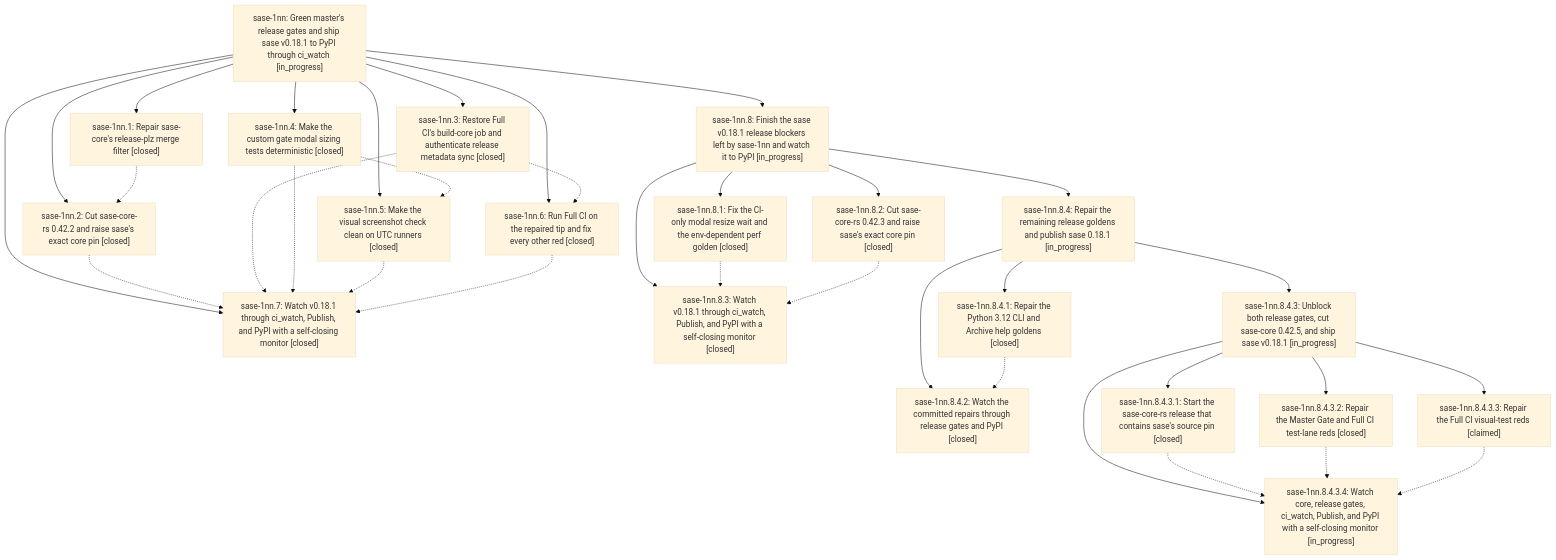
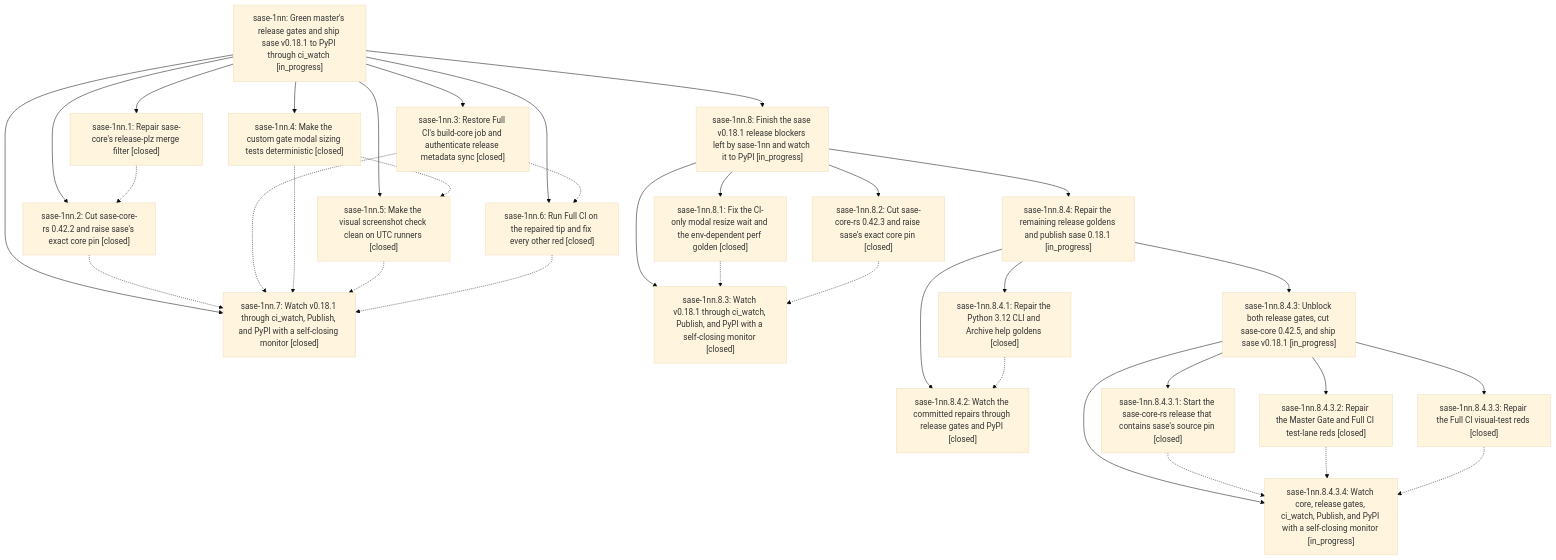
One commit to sase-org/sase--beads changed the diagram in pages/sase-1nn/README.md. Above: the diagram before and after it, drawn with Mermaid (base theme). The commit also changed other lines of this file and 5 other files, not shown here.

````diff
--- a/pages/sase-1nn/README.md
+++ b/pages/sase-1nn/README.md
@@ -67,56 +67,56 @@
 ```mermaid
 flowchart TD
     n0["sase-1nn: Green master's release gates and ship sase v0.18.1 to PyPI through ci_watch [in_progress]"]
     n1["sase-1nn.1: Repair sase-core's release-plz merge filter [closed]"]
     n2["sase-1nn.2: Cut sase-core-rs 0.42.2 and raise sase's exact core pin [closed]"]
     n3["sase-1nn.3: Restore Full CI's build-core job and authenticate release metadata sync [closed]"]
     n4["sase-1nn.4: Make the custom gate modal sizing tests deterministic [closed]"]
     n5["sase-1nn.5: Make the visual screenshot check clean on UTC runners [closed]"]
     n6["sase-1nn.6: Run Full CI on the repaired tip and fix every other red [closed]"]
     n7["sase-1nn.7: Watch v0.18.1 through ci_watch, Publish, and PyPI with a self-closing monitor [closed]"]
     n8["sase-1nn.8: Finish the sase v0.18.1 release blockers left by sase-1nn and watch it to PyPI [in_progress]"]
     n9["sase-1nn.8.1: Fix the CI-only modal resize wait and the env-dependent perf golden [closed]"]
     n10["sase-1nn.8.2: Cut sase-core-rs 0.42.3 and raise sase's exact core pin [closed]"]
     n11["sase-1nn.8.3: Watch v0.18.1 through ci_watch, Publish, and PyPI with a self-closing monitor [closed]"]
     n12["sase-1nn.8.4: Repair the remaining release goldens and publish sase 0.18.1 [in_progress]"]
     n13["sase-1nn.8.4.1: Repair the Python 3.12 CLI and Archive help goldens [closed]"]
     n14["sase-1nn.8.4.2: Watch the committed repairs through release gates and PyPI [closed]"]
     n15["sase-1nn.8.4.3: Unblock both release gates, cut sase-core 0.42.5, and ship sase v0.18.1 [in_progress]"]
     n16["sase-1nn.8.4.3.1: Start the sase-core-rs release that contains sase's source pin [closed]"]
     n17["sase-1nn.8.4.3.2: Repair the Master Gate and Full CI test-lane reds [closed]"]
-    n18["sase-1nn.8.4.3.3: Repair the Full CI visual-test reds [claimed]"]
+    n18["sase-1nn.8.4.3.3: Repair the Full CI visual-test reds [closed]"]
     n19["sase-1nn.8.4.3.4: Watch core, release gates, ci_watch, Publish, and PyPI with a self-closing monitor [in_progress]"]
     n0 --> n1
     n0 --> n2
     n0 --> n3
     n0 --> n4
     n0 --> n5
     n0 --> n6
     n0 --> n7
     n0 --> n8
     n8 --> n9
     n8 --> n10
     n8 --> n11
     n8 --> n12
     n12 --> n13
     n12 --> n14
     n12 --> n15
     n15 --> n16
     n15 --> n17
     n15 --> n18
     n15 --> n19
     n1 -.-> n2
     n2 -.-> n7
     n3 -.-> n6
     n3 -.-> n7
     n4 -.-> n5
     n4 -.-> n7
     n5 -.-> n7
     n6 -.-> n7
     n9 -.-> n11
     n10 -.-> n11
     n13 -.-> n14
     n16 -.-> n19
     n17 -.-> n19
     n18 -.-> n19
 ```
````
